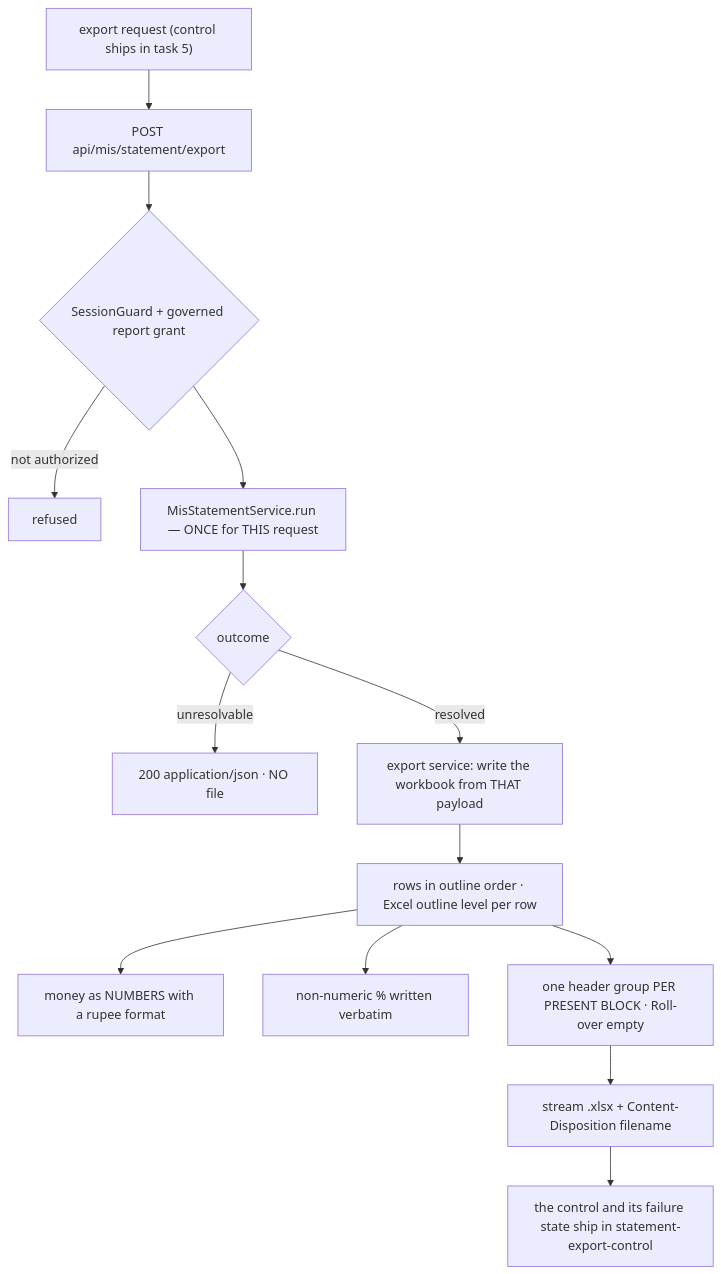
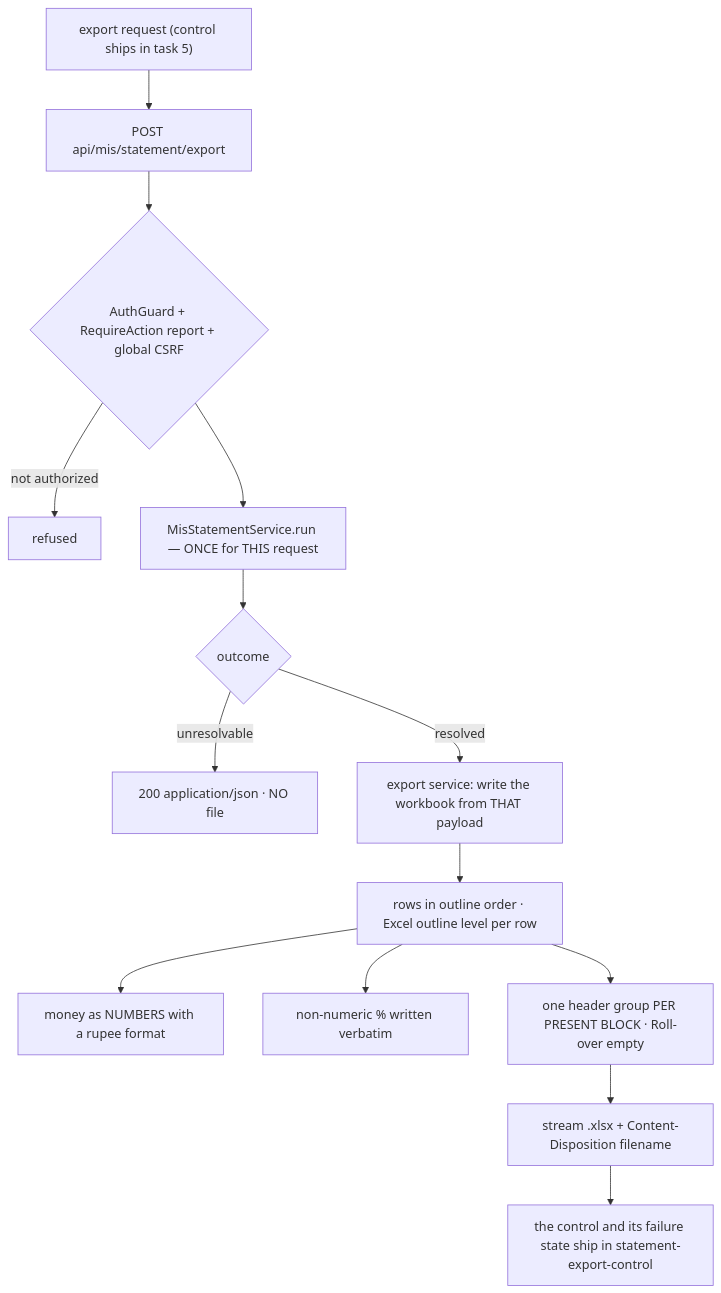
One commit to kl-rahulanand/3f-oil-palm changed the diagram in .factory/stories/mis-statement/task-plans/statement-export-api.md. Above: the diagram before and after it, drawn with Mermaid. The commit also changed other lines of this file and 5 other files, not shown here.

````diff
--- a/.factory/stories/mis-statement/task-plans/statement-export-api.md
+++ b/.factory/stories/mis-statement/task-plans/statement-export-api.md
@@ -98,16 +114,16 @@
 ```mermaid
 flowchart TD
   D["export request (control ships in task 5)"] --> R["POST api/mis/statement/export"]
-  R --> G{SessionGuard + governed report grant}
+  R --> G{AuthGuard + RequireAction report + global CSRF}
   G -->|not authorized| F["refused"]
   G --> S["MisStatementService.run — ONCE for THIS request"]
   S --> O{outcome}
   O -->|unresolvable| JN["200 application/json · NO file"]
   O -->|resolved| W["export service: write the workbook from THAT payload"]
   W --> C["rows in outline order · Excel outline level per row"]
   C --> M["money as NUMBERS with a rupee format"]
   C --> P["non-numeric % written verbatim"]
   C --> B["one header group PER PRESENT BLOCK · Roll-over empty"]
   B --> X["stream .xlsx + Content-Disposition filename"]
   X --> T5["the control and its failure state ship in statement-export-control"]
 ```
````
